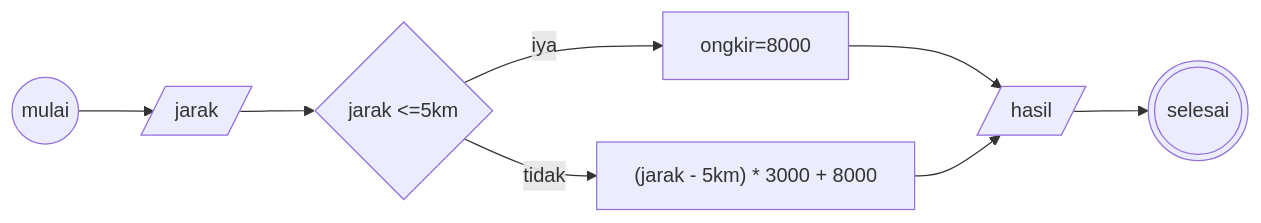
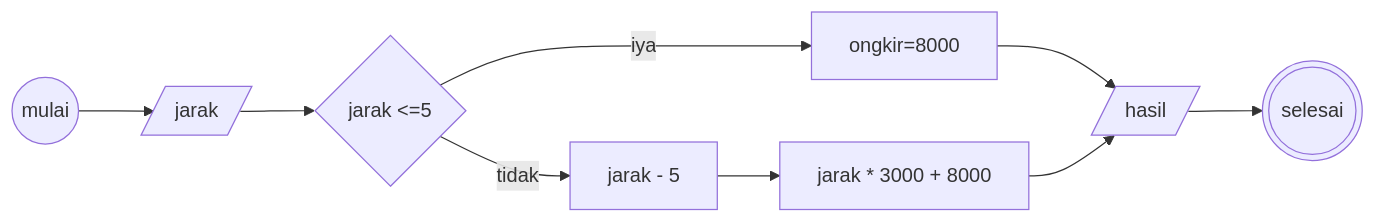
The diagram in minitask8.md (abdullah-fikri/koda-b4-algoritma), drawn with Mermaid before and after one commit.

````diff
--- a/minitask8.md
+++ b/minitask8.md
@@ -3,11 +3,12 @@
 ```mermaid
 flowchart LR
 a@{ shape: circle, label: "mulai"} -->
 b@{ shape: lean-r, label: "jarak"} -->
-c@{ shape: diamond, label: "jarak  <=5km "} --iya-->
+c@{ shape: diamond, label: "jarak  <=5 "} --iya-->
 d@{ shape: rect , label: " ongkir=8000"}--> f
-c --tidak--> e@{ shape: rect , label: "(jarak - 5km) * 3000 + 8000"}-->
+c --tidak--> e@{ shape: rect , label: "jarak - 5 "}-->
+h@{ shape: rect , label: "jarak * 3000 + 8000"}-->
 
 f@{ shape: lean-r , label: "hasil"} -->
-g@{ shape: dbl-circ , label: "selesai"}
+g@{ shape: dbl-circ , label: "selesai"} 
 ```
````
